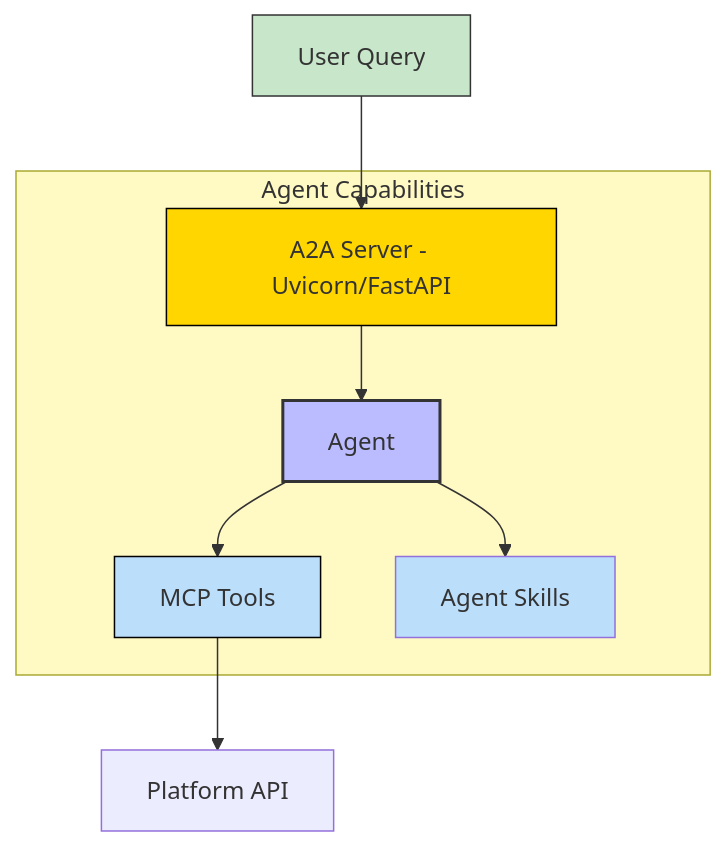
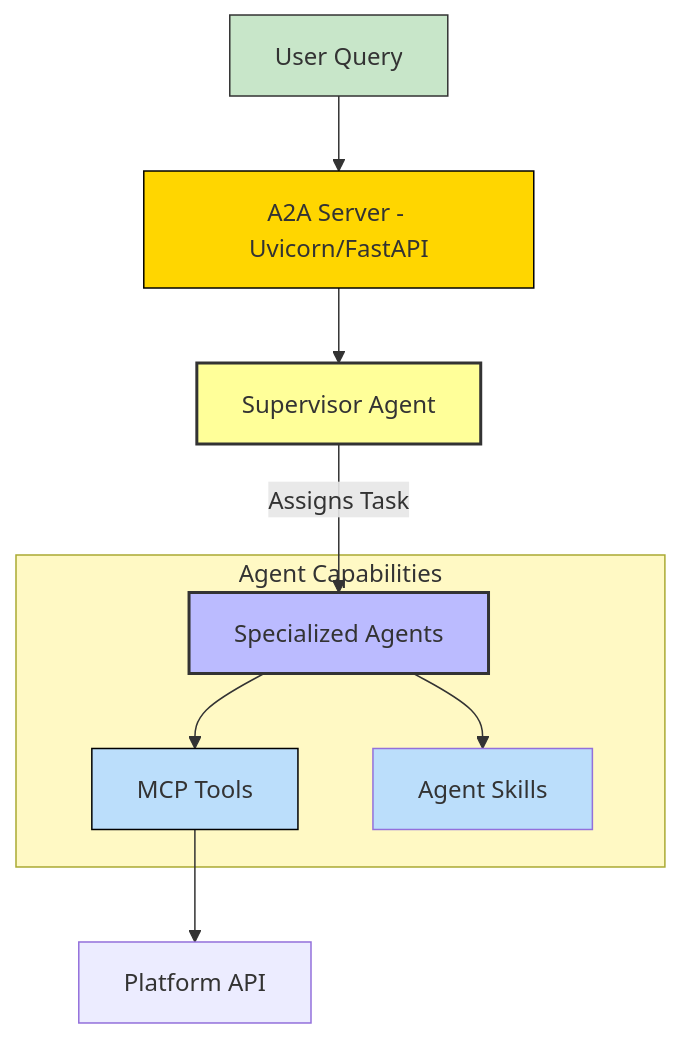
Before and after one commit to Knuckles-Team/servicenow-api: the first of 2 diagrams in README.md, drawn with Mermaid. The commit also changed other lines of this file and 4 other files, not shown here.

````diff
--- a/README.md
+++ b/README.md
@@ -170,28 +200,30 @@
 ```mermaid
 ---
 config:
   layout: dagre
 ---
 flowchart TB
  subgraph subGraph0["Agent Capabilities"]
-        C["Agent"]
-        B["A2A Server - Uvicorn/FastAPI"]
         D["MCP Tools"]
         F["Agent Skills"]
+        C["Specialized Agents"]
   end
+    A["User Query"] --> B["A2A Server - Uvicorn/FastAPI"]
+    B --> G["Supervisor Agent"]
+    G -- "Assigns Task" --> C
     C --> D & F
-    A["User Query"] --> B
-    B --> C
     D --> E["Platform API"]
 
+     G:::supervisor
      C:::agent
      B:::server
      A:::server
     classDef server fill:#f9f,stroke:#333
     classDef agent fill:#bbf,stroke:#333,stroke-width:2px
+    classDef supervisor fill:#ff9,stroke:#333,stroke-width:2px
     style B stroke:#000000,fill:#FFD600
     style D stroke:#000000,fill:#BBDEFB
     style F fill:#BBDEFB
     style A fill:#C8E6C9
     style subGraph0 fill:#FFF9C4
 ```
````
